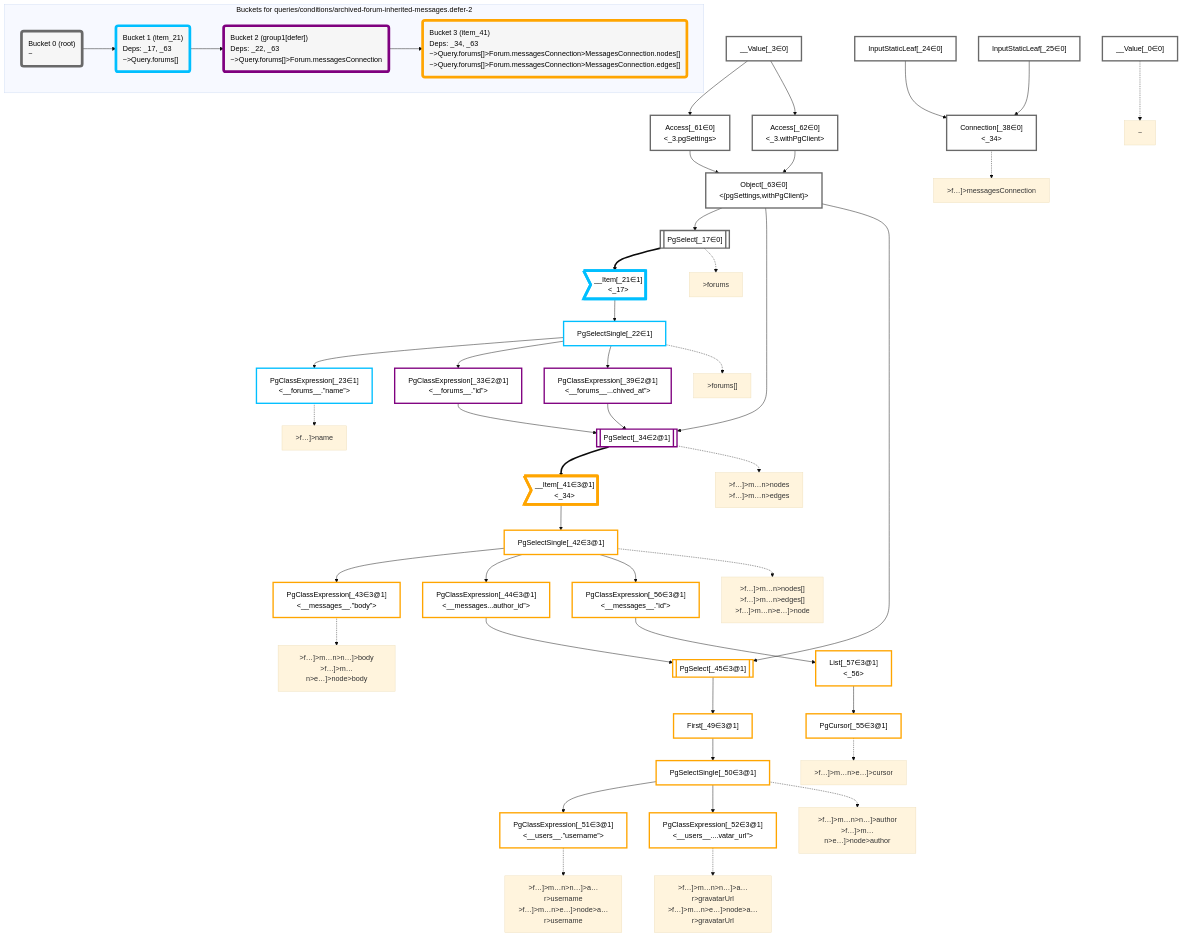
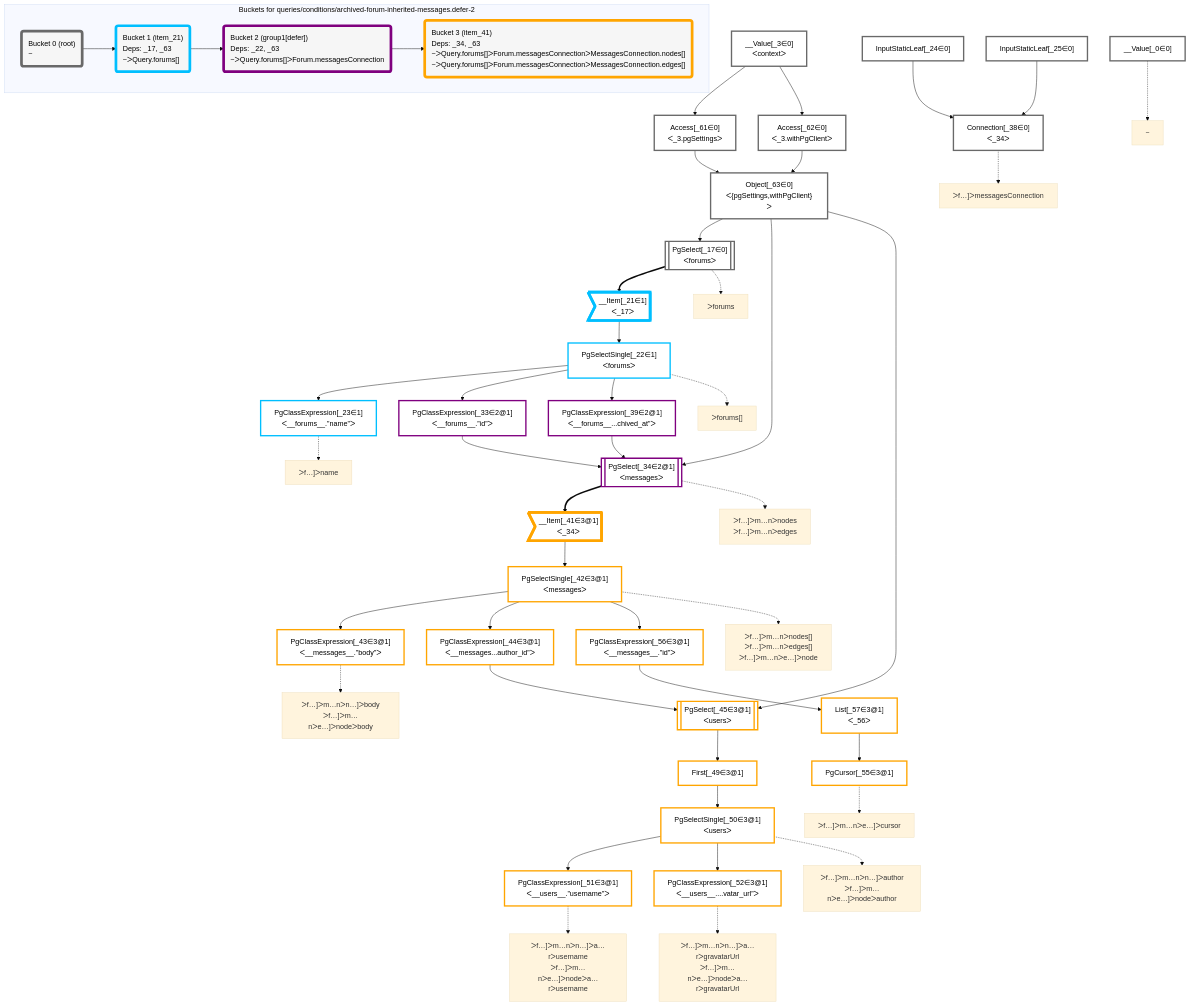
One commit to graphile/crystal changed the diagram in packages/dataplan-pg/__tests__/queries/conditions/archived-forum-inherited-messages.defer-2.deopt.mermaid.md. Above: the diagram before and after it, drawn with Mermaid (base theme). The commit also changed 195 other files, not shown here.

```diff
--- a/packages/dataplan-pg/__tests__/queries/conditions/archived-forum-inherited-messages.defer-2.deopt.mermaid.md
+++ b/packages/dataplan-pg/__tests__/queries/conditions/archived-forum-inherited-messages.defer-2.deopt.mermaid.md
@@ -9,32 +9,32 @@
 
     %% define plans
     __Value_0["__Value[_0∈0]"]:::plan
-    __Value_3["__Value[_3∈0]<br /><context>"]:::plan
-    PgSelect_17[["PgSelect[_17∈0]<br /><forums>"]]:::plan
-    __Item_21>"__Item[_21∈1]<br /><_17>"]:::itemplan
-    PgSelectSingle_22["PgSelectSingle[_22∈1]<br /><forums>"]:::plan
-    PgClassExpression_23["PgClassExpression[_23∈1]<br /><__forums__.”name”>"]:::plan
+    __Value_3["__Value[_3∈0]<br />ᐸcontextᐳ"]:::plan
+    PgSelect_17[["PgSelect[_17∈0]<br />ᐸforumsᐳ"]]:::plan
+    __Item_21>"__Item[_21∈1]<br />ᐸ_17ᐳ"]:::itemplan
+    PgSelectSingle_22["PgSelectSingle[_22∈1]<br />ᐸforumsᐳ"]:::plan
+    PgClassExpression_23["PgClassExpression[_23∈1]<br />ᐸ__forums__.”name”ᐳ"]:::plan
     InputStaticLeaf_24["InputStaticLeaf[_24∈0]"]:::plan
     InputStaticLeaf_25["InputStaticLeaf[_25∈0]"]:::plan
-    PgClassExpression_33["PgClassExpression[_33∈2@1]<br /><__forums__.”id”>"]:::plan
-    PgSelect_34[["PgSelect[_34∈2@1]<br /><messages>"]]:::plan
-    Connection_38["Connection[_38∈0]<br /><_34>"]:::plan
-    PgClassExpression_39["PgClassExpression[_39∈2@1]<br /><__forums__...chived_at”>"]:::plan
-    __Item_41>"__Item[_41∈3@1]<br /><_34>"]:::itemplan
-    PgSelectSingle_42["PgSelectSingle[_42∈3@1]<br /><messages>"]:::plan
-    PgClassExpression_43["PgClassExpression[_43∈3@1]<br /><__messages__.”body”>"]:::plan
-    PgClassExpression_44["PgClassExpression[_44∈3@1]<br /><__messages...author_id”>"]:::plan
-    PgSelect_45[["PgSelect[_45∈3@1]<br /><users>"]]:::plan
+    PgClassExpression_33["PgClassExpression[_33∈2@1]<br />ᐸ__forums__.”id”ᐳ"]:::plan
+    PgSelect_34[["PgSelect[_34∈2@1]<br />ᐸmessagesᐳ"]]:::plan
+    Connection_38["Connection[_38∈0]<br />ᐸ_34ᐳ"]:::plan
+    PgClassExpression_39["PgClassExpression[_39∈2@1]<br />ᐸ__forums__...chived_at”ᐳ"]:::plan
+    __Item_41>"__Item[_41∈3@1]<br />ᐸ_34ᐳ"]:::itemplan
+    PgSelectSingle_42["PgSelectSingle[_42∈3@1]<br />ᐸmessagesᐳ"]:::plan
+    PgClassExpression_43["PgClassExpression[_43∈3@1]<br />ᐸ__messages__.”body”ᐳ"]:::plan
+    PgClassExpression_44["PgClassExpression[_44∈3@1]<br />ᐸ__messages...author_id”ᐳ"]:::plan
+    PgSelect_45[["PgSelect[_45∈3@1]<br />ᐸusersᐳ"]]:::plan
     First_49["First[_49∈3@1]"]:::plan
-    PgSelectSingle_50["PgSelectSingle[_50∈3@1]<br /><users>"]:::plan
-    PgClassExpression_51["PgClassExpression[_51∈3@1]<br /><__users__.”username”>"]:::plan
-    PgClassExpression_52["PgClassExpression[_52∈3@1]<br /><__users__....vatar_url”>"]:::plan
+    PgSelectSingle_50["PgSelectSingle[_50∈3@1]<br />ᐸusersᐳ"]:::plan
+    PgClassExpression_51["PgClassExpression[_51∈3@1]<br />ᐸ__users__.”username”ᐳ"]:::plan
+    PgClassExpression_52["PgClassExpression[_52∈3@1]<br />ᐸ__users__....vatar_url”ᐳ"]:::plan
     PgCursor_55["PgCursor[_55∈3@1]"]:::plan
-    PgClassExpression_56["PgClassExpression[_56∈3@1]<br /><__messages__.”id”>"]:::plan
-    List_57["List[_57∈3@1]<br /><_56>"]:::plan
-    Access_61["Access[_61∈0]<br /><_3.pgSettings>"]:::plan
-    Access_62["Access[_62∈0]<br /><_3.withPgClient>"]:::plan
-    Object_63["Object[_63∈0]<br /><{pgSettings,withPgClient}>"]:::plan
+    PgClassExpression_56["PgClassExpression[_56∈3@1]<br />ᐸ__messages__.”id”ᐳ"]:::plan
+    List_57["List[_57∈3@1]<br />ᐸ_56ᐳ"]:::plan
+    Access_61["Access[_61∈0]<br />ᐸ_3.pgSettingsᐳ"]:::plan
+    Access_62["Access[_62∈0]<br />ᐸ_3.withPgClientᐳ"]:::plan
+    Object_63["Object[_63∈0]<br />ᐸ{pgSettings,withPgClient}ᐳ"]:::plan
 
     %% plan dependencies
     Object_63 --> PgSelect_17
@@ -69,27 +69,27 @@
     %% plan-to-path relationships
     P_0["~"]
     __Value_0 -.-> P_0
-    P_17[">forums"]
+    P_17["ᐳforums"]
     PgSelect_17 -.-> P_17
-    P_22[">forums[]"]
+    P_22["ᐳforums[]"]
     PgSelectSingle_22 -.-> P_22
-    P_23[">f…]>name"]
+    P_23["ᐳf…]ᐳname"]
     PgClassExpression_23 -.-> P_23
-    P_34[">f…]>m…n>nodes<br />>f…]>m…n>edges"]
+    P_34["ᐳf…]ᐳm…nᐳnodes<br />ᐳf…]ᐳm…nᐳedges"]
     PgSelect_34 -.-> P_34
-    P_38[">f…]>messagesConnection"]
+    P_38["ᐳf…]ᐳmessagesConnection"]
     Connection_38 -.-> P_38
-    P_42[">f…]>m…n>nodes[]<br />>f…]>m…n>edges[]<br />>f…]>m…n>e…]>node"]
+    P_42["ᐳf…]ᐳm…nᐳnodes[]<br />ᐳf…]ᐳm…nᐳedges[]<br />ᐳf…]ᐳm…nᐳe…]ᐳnode"]
     PgSelectSingle_42 -.-> P_42
-    P_43[">f…]>m…n>n…]>body<br />>f…]>m…n>e…]>node>body"]
+    P_43["ᐳf…]ᐳm…nᐳn…]ᐳbody<br />ᐳf…]ᐳm…nᐳe…]ᐳnodeᐳbody"]
     PgClassExpression_43 -.-> P_43
-    P_50[">f…]>m…n>n…]>author<br />>f…]>m…n>e…]>node>author"]
+    P_50["ᐳf…]ᐳm…nᐳn…]ᐳauthor<br />ᐳf…]ᐳm…nᐳe…]ᐳnodeᐳauthor"]
     PgSelectSingle_50 -.-> P_50
-    P_51[">f…]>m…n>n…]>a…r>username<br />>f…]>m…n>e…]>node>a…r>username"]
+    P_51["ᐳf…]ᐳm…nᐳn…]ᐳa…rᐳusername<br />ᐳf…]ᐳm…nᐳe…]ᐳnodeᐳa…rᐳusername"]
     PgClassExpression_51 -.-> P_51
-    P_52[">f…]>m…n>n…]>a…r>gravatarUrl<br />>f…]>m…n>e…]>node>a…r>gravatarUrl"]
+    P_52["ᐳf…]ᐳm…nᐳn…]ᐳa…rᐳgravatarUrl<br />ᐳf…]ᐳm…nᐳe…]ᐳnodeᐳa…rᐳgravatarUrl"]
     PgClassExpression_52 -.-> P_52
-    P_55[">f…]>m…n>e…]>cursor"]
+    P_55["ᐳf…]ᐳm…nᐳe…]ᐳcursor"]
     PgCursor_55 -.-> P_55
 
     %% allocate buckets
@@ -105,13 +105,13 @@
     subgraph "Buckets for queries/conditions/archived-forum-inherited-messages.defer-2"
     Bucket0("Bucket 0 (root)<br />~"):::bucket
     style Bucket0 stroke:#696969
-    Bucket1("Bucket 1 (item_21)<br />Deps: _17, _63<br />~>Query.forums[]"):::bucket
+    Bucket1("Bucket 1 (item_21)<br />Deps: _17, _63<br />~ᐳQuery.forums[]"):::bucket
     style Bucket1 stroke:#00bfff
     Bucket0 --> Bucket1
-    Bucket2("Bucket 2 (group1[defer])<br />Deps: _22, _63<br />~>Query.forums[]>Forum.messagesConnection"):::bucket
+    Bucket2("Bucket 2 (group1[defer])<br />Deps: _22, _63<br />~ᐳQuery.forums[]ᐳForum.messagesConnection"):::bucket
     style Bucket2 stroke:#7f007f
     Bucket1 --> Bucket2
-    Bucket3("Bucket 3 (item_41)<br />Deps: _34, _63<br />~>Query.forums[]>Forum.messagesConnection>MessagesConnection.nodes[]<br />~>Query.forums[]>Forum.messagesConnection>MessagesConnection.edges[]"):::bucket
+    Bucket3("Bucket 3 (item_41)<br />Deps: _34, _63<br />~ᐳQuery.forums[]ᐳForum.messagesConnectionᐳMessagesConnection.nodes[]<br />~ᐳQuery.forums[]ᐳForum.messagesConnectionᐳMessagesConnection.edges[]"):::bucket
     style Bucket3 stroke:#ffa500
     Bucket2 --> Bucket3
     end
```
